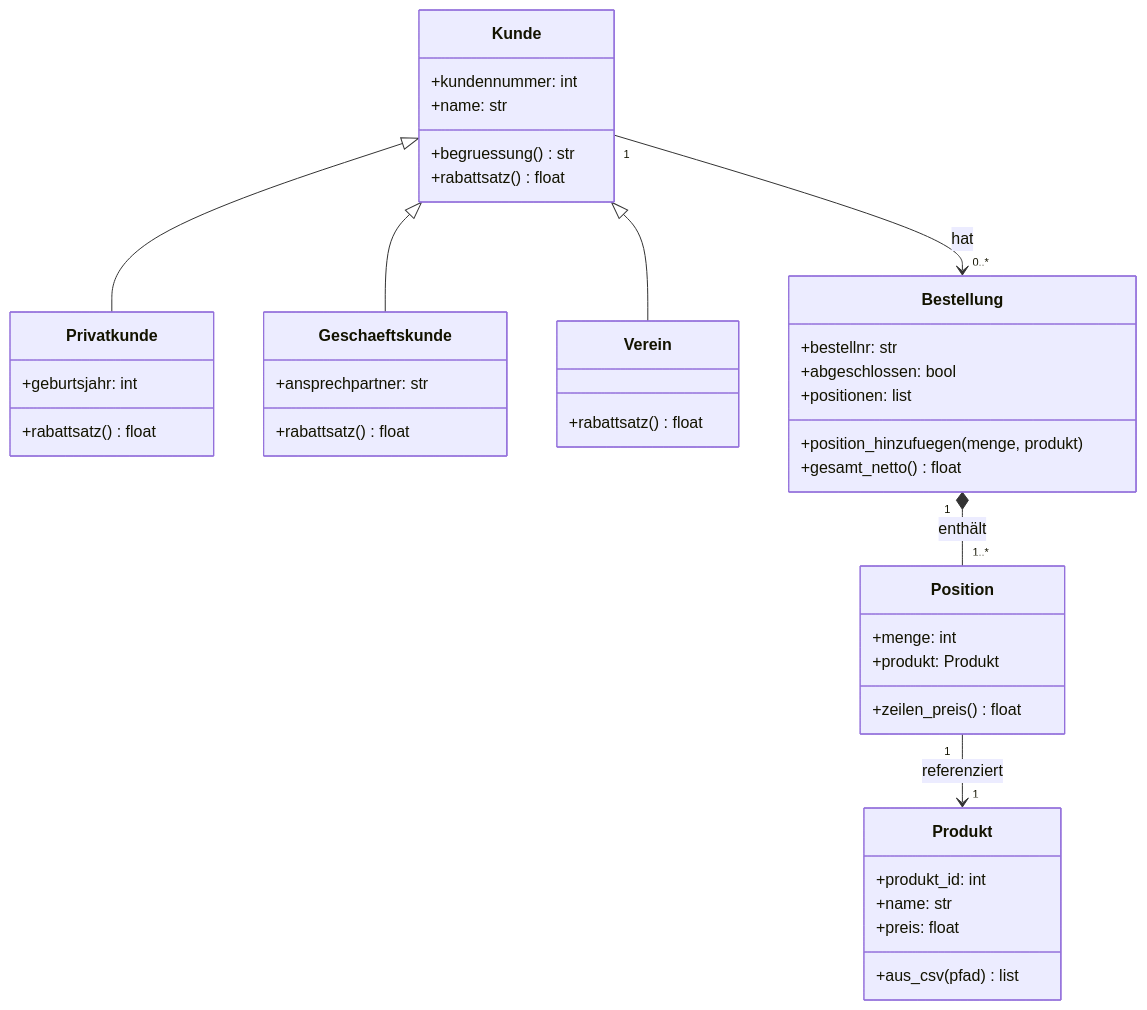
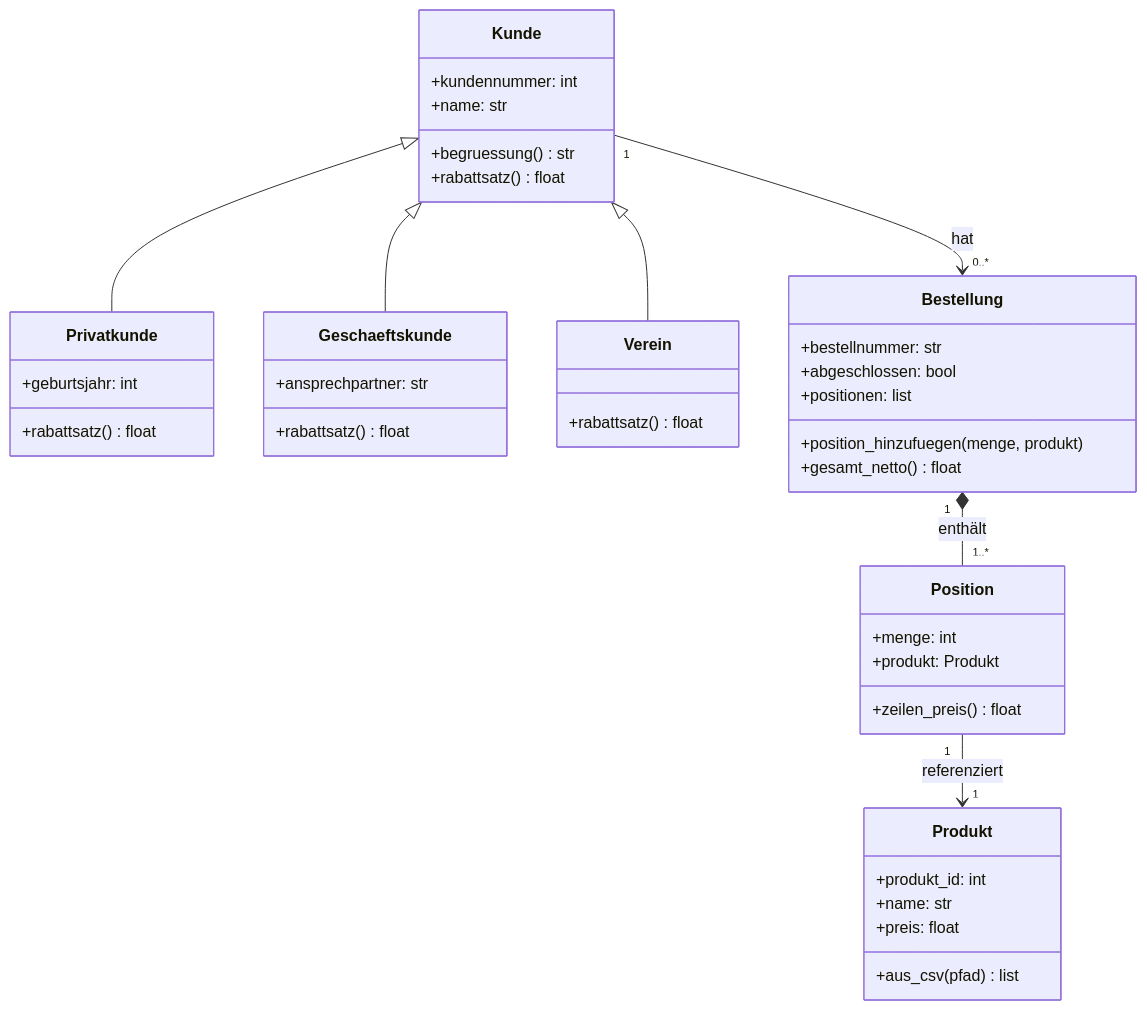
Before and after one commit to altan20sarica/bestelo-gruppe-2: the diagram in README.md, drawn with Mermaid. The commit also changed other lines of this file and 5 other files, not shown here.

````diff
--- a/README.md
+++ b/README.md
@@ -34,52 +34,52 @@
 ```mermaid
 classDiagram
     class Kunde {
         +kundennummer: int
         +name: str
         +begruessung() str
         +rabattsatz() float
     }
 
     class Privatkunde {
         +geburtsjahr: int
         +rabattsatz() float
     }
 
     class Geschaeftskunde {
         +ansprechpartner: str
         +rabattsatz() float
     }
 
     class Verein {
         +rabattsatz() float
     }
 
     class Bestellung {
-        +bestellnr: str
+        +bestellnummer: str
         +abgeschlossen: bool
         +positionen: list
         +position_hinzufuegen(menge, produkt)
         +gesamt_netto() float
     }
 
     class Position {
         +menge: int
         +produkt: Produkt
         +zeilen_preis() float
     }
 
     class Produkt {
         +produkt_id: int
         +name: str
         +preis: float
         +aus_csv(pfad) list
     }
 
     Kunde <|-- Privatkunde
     Kunde <|-- Geschaeftskunde
     Kunde <|-- Verein
 
     Kunde "1" --> "0..*" Bestellung : hat
     Bestellung "1" *-- "1..*" Position : enthält
     Position "1" --> "1" Produkt : referenziert
 ```
````
